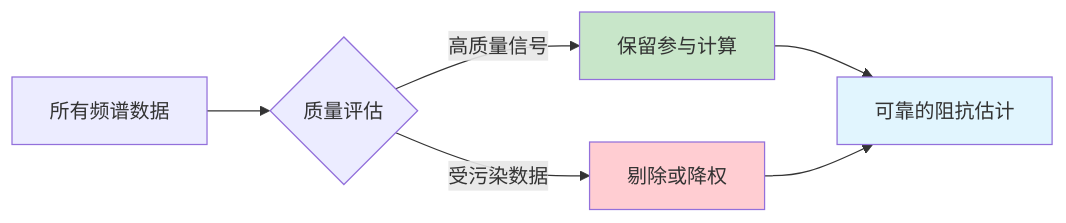
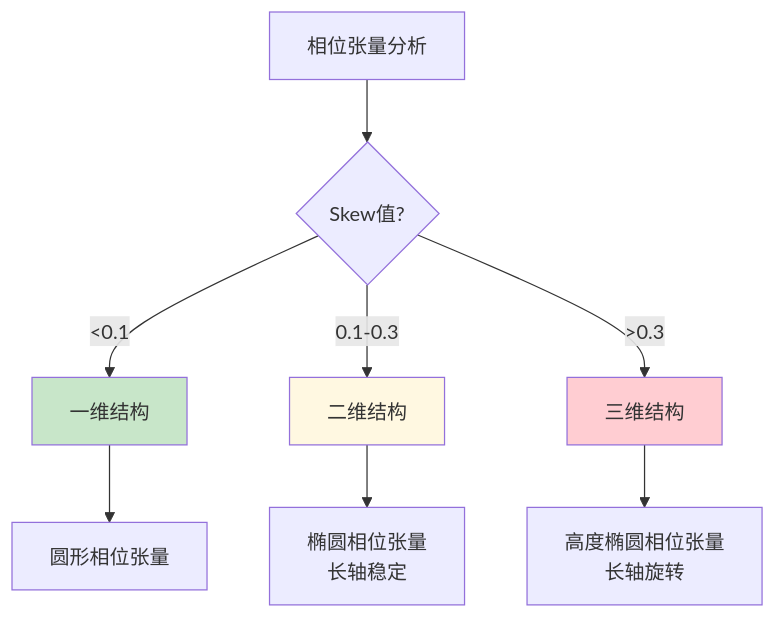
The tenth of 12 diagrams in source/chapters/chapter5.md (EMWPJ/MTDataPro-docs), drawn with Mermaid before and after one commit. The commit also changed other lines of this file and 2 other files, not shown here.

````diff
--- a/source/chapters/chapter5.md
+++ b/source/chapters/chapter5.md
@@ -1057,12 +1096,15 @@
 ```mermaid
-graph LR
-    A[所有频谱数据] --> B{质量评估}
-    B -->|高质量信号| C[保留参与计算]
-    B -->|受污染数据| D[剔除或降权]
-    C --> E[可靠的阻抗估计]
-    D --> E
+graph TB
+    A[相位张量分析] --> B{Skew值?}
+    B -->|<0.1| C[一维结构]
+    B -->|0.1-0.3| D[二维结构]
+    B -->|>0.3| E[三维结构]
+    
+    C --> C1[圆形相位张量]
+    D --> D1[椭圆相位张量<br/>长轴稳定]
+    E --> E1[高度椭圆相位张量<br/>长轴旋转]
     
     style C fill:#c8e6c9
-    style D fill:#ffcdd2
-    style E fill:#e1f5fe
+    style D fill:#fff8e1
+    style E fill:#ffcdd2
 ```
````
